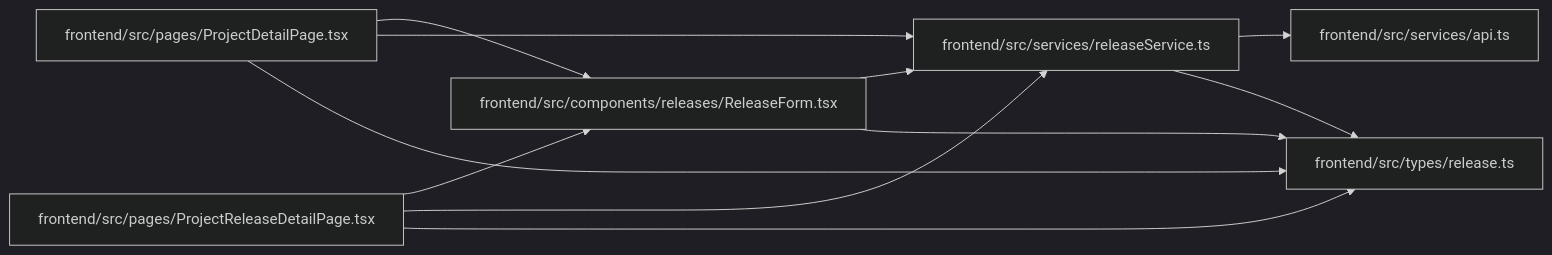
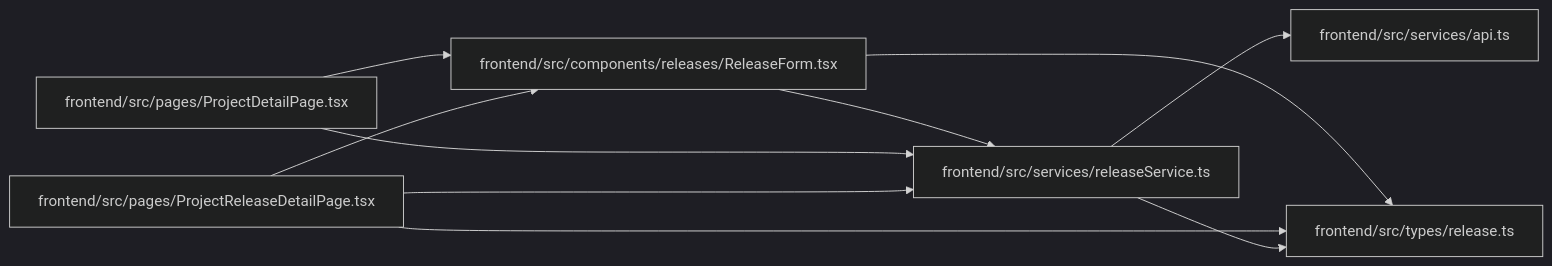
Before and after one commit to Denissvgn/WorkChord: the diagram in docs/llm_wiki/modules/releaseService.md, drawn with Mermaid (dark theme). The commit also changed 2373 other files, not shown here.

````diff
--- a/docs/llm_wiki/modules/releaseService.md
+++ b/docs/llm_wiki/modules/releaseService.md
@@ -28,25 +28,24 @@
 ```mermaid
 flowchart LR
     n0["frontend/src/components/releases/ReleaseForm.tsx"]
     n1["frontend/src/pages/ProjectDetailPage.tsx"]
     n2["frontend/src/pages/ProjectReleaseDetailPage.tsx"]
     n3["frontend/src/services/api.ts"]
     n4["frontend/src/services/releaseService.ts"]
     n5["frontend/src/types/release.ts"]
     n0 --> n4
     n0 --> n5
     n1 --> n0
     n1 --> n4
-    n1 --> n5
     n2 --> n0
     n2 --> n4
     n2 --> n5
     n4 --> n3
     n4 --> n5
     click n0 "../modules/ReleaseForm.md"
     click n1 "../modules/ProjectDetailPage.md"
     click n2 "../modules/ProjectReleaseDetailPage.md"
     click n3 "../modules/api.md"
     click n4 "../modules/releaseService.md"
     click n5 "../modules/types_release.md"
 ```
````
